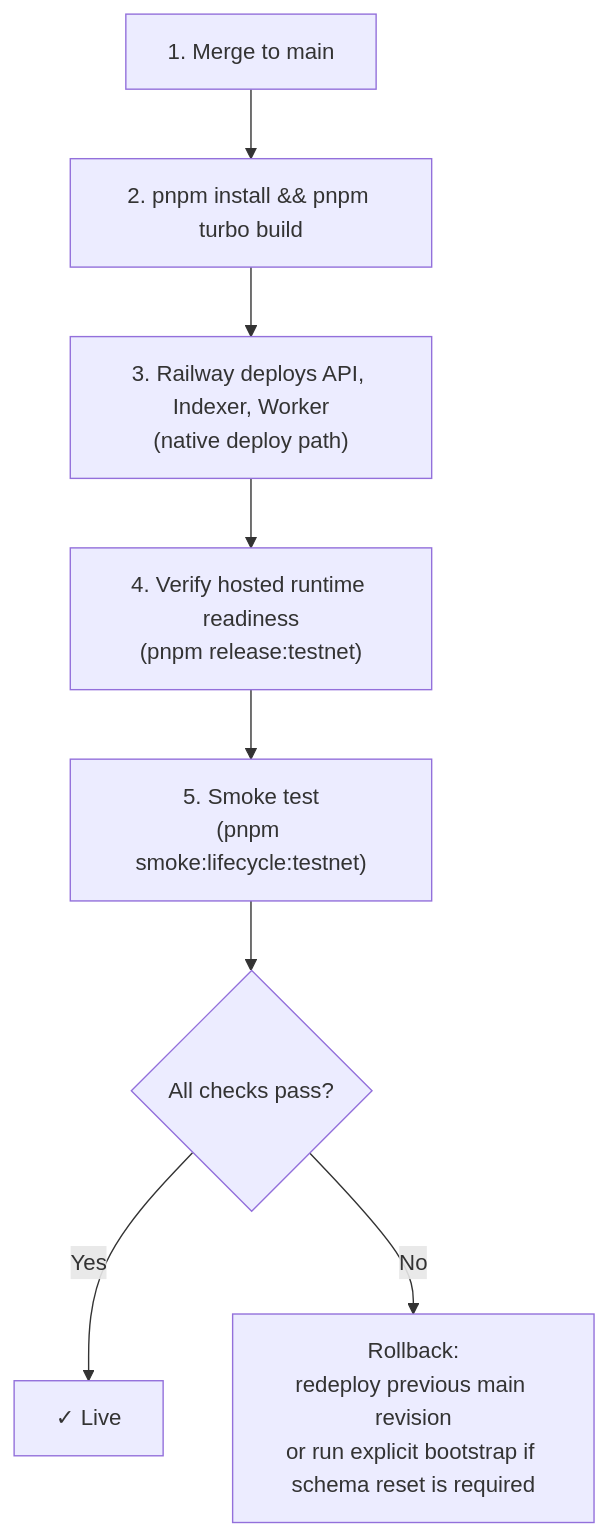
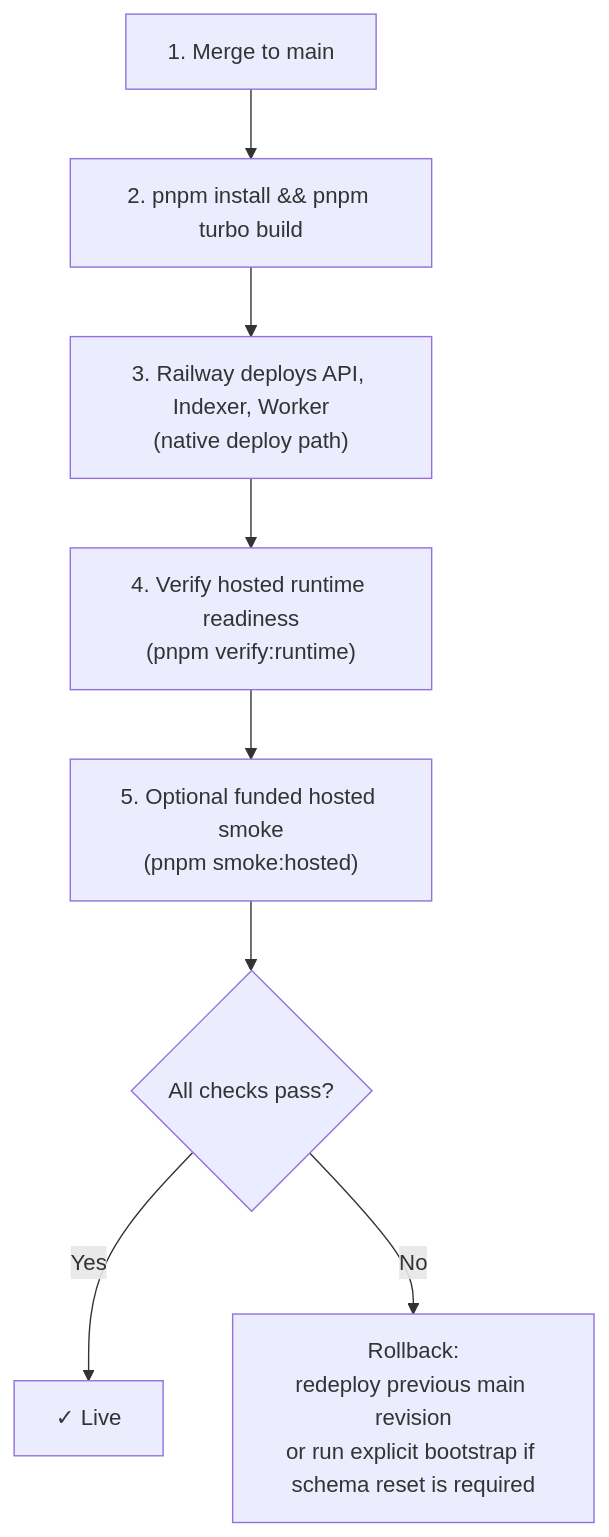
The diagram in docs/deployment.md (andymolecule/Hermes), drawn with Mermaid before and after one commit. The commit also changed other lines of this file and 15 other files, not shown here.

Commit message:
Split runtime verify and smoke lanes

````diff
--- a/docs/deployment.md
+++ b/docs/deployment.md
@@ -146,10 +159,10 @@
 ```mermaid
 flowchart TB
     A["1. Merge to main"] --> B["2. pnpm install && pnpm turbo build"]
     B --> C["3. Railway deploys API, Indexer, Worker<br/>(native deploy path)"]
-    C --> D["4. Verify hosted runtime readiness<br/>(pnpm release:testnet)"]
-    D --> E["5. Smoke test<br/>(pnpm smoke:lifecycle:testnet)"]
+    C --> D["4. Verify hosted runtime readiness<br/>(pnpm verify:runtime)"]
+    D --> E["5. Optional funded hosted smoke<br/>(pnpm smoke:hosted)"]
     E --> F{"All checks pass?"}
     F -->|Yes| G["✓ Live"]
     F -->|No| H["Rollback:<br/>redeploy previous main revision<br/>or run explicit bootstrap if schema reset is required"]
 ```
````
